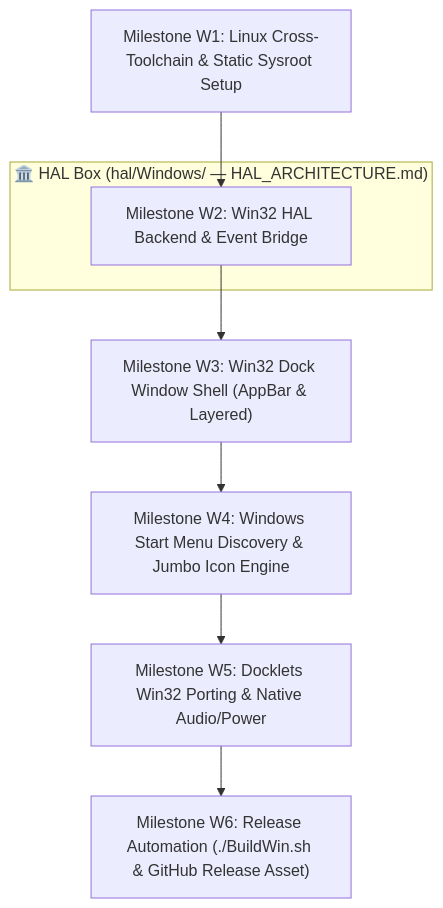
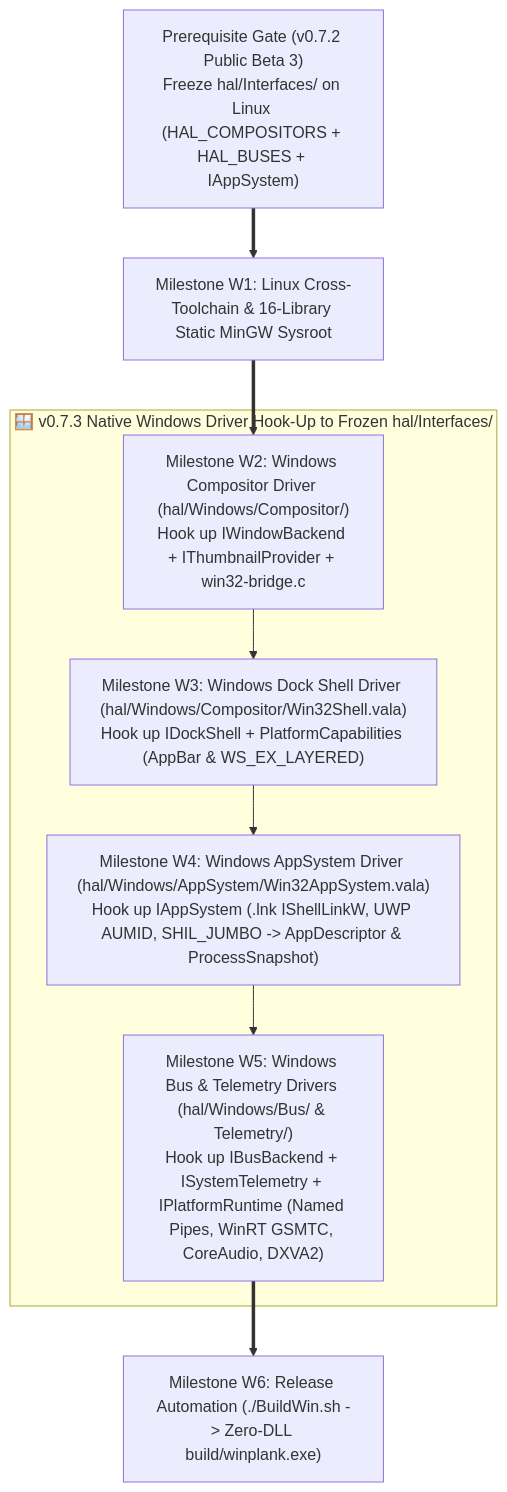
Before and after one commit to sergiomelas/WayPlank: the seventh of 7 diagrams in Documentation/WINPLANK_PORT_BATTLE_PLAN.md, drawn with Mermaid. The commit also changed other lines of this file and 76 other files, not shown here.

````diff
--- a/Documentation/WINPLANK_PORT_BATTLE_PLAN.md
+++ b/Documentation/WINPLANK_PORT_BATTLE_PLAN.md
@@ -428,13 +423,15 @@
 ```mermaid
 flowchart TD
-    M1["Milestone W1: Linux Cross-Toolchain & Static Sysroot Setup"] --> M2
+    M0["Prerequisite Gate (v0.7.2 Public Beta 3)\nFreeze hal/Interfaces/ on Linux (HAL_COMPOSITORS + HAL_BUSES + IAppSystem)"] ==> M1
+    M1["Milestone W1: Linux Cross-Toolchain & 16-Library Static MinGW Sysroot"] ==> M2
 
-    subgraph HAL_W2 ["🏛️ HAL Box (hal/Windows/ — HAL_ARCHITECTURE.md)"]
-        M2["Milestone W2: Win32 HAL Backend & Event Bridge"]
+    subgraph WIN_HAL_PLUG ["🪟 v0.7.3 Native Windows Driver Hook-Up to Frozen hal/Interfaces/"]
+        M2["Milestone W2: Windows Compositor Driver (hal/Windows/Compositor/)\nHook up IWindowBackend + IThumbnailProvider + win32-bridge.c"]
+        M3["Milestone W3: Windows Dock Shell Driver (hal/Windows/Compositor/Win32Shell.vala)\nHook up IDockShell + PlatformCapabilities (AppBar & WS_EX_LAYERED)"]
+        M4["Milestone W4: Windows AppSystem Driver (hal/Windows/AppSystem/Win32AppSystem.vala)\nHook up IAppSystem (.lnk IShellLinkW, UWP AUMID, SHIL_JUMBO -> AppDescriptor & ProcessSnapshot)"]
+        M5["Milestone W5: Windows Bus & Telemetry Drivers (hal/Windows/Bus/ & Telemetry/)\nHook up IBusBackend + ISystemTelemetry + IPlatformRuntime (Named Pipes, WinRT GSMTC, CoreAudio, DXVA2)"]
+        M2 --> M3 --> M4 --> M5
     end
 
-    M2 --> M3["Milestone W3: Win32 Dock Window Shell (AppBar & Layered)"]
-    M3 --> M4["Milestone W4: Windows Start Menu Discovery & Jumbo Icon Engine"]
-    M4 --> M5["Milestone W5: Docklets Win32 Porting & Native Audio/Power"]
-    M5 --> M6["Milestone W6: Release Automation (./BuildWin.sh & GitHub Release Asset)"]
+    M5 ==> M6["Milestone W6: Release Automation (./BuildWin.sh -> Zero-DLL build/winplank.exe)"]
 ```
````
